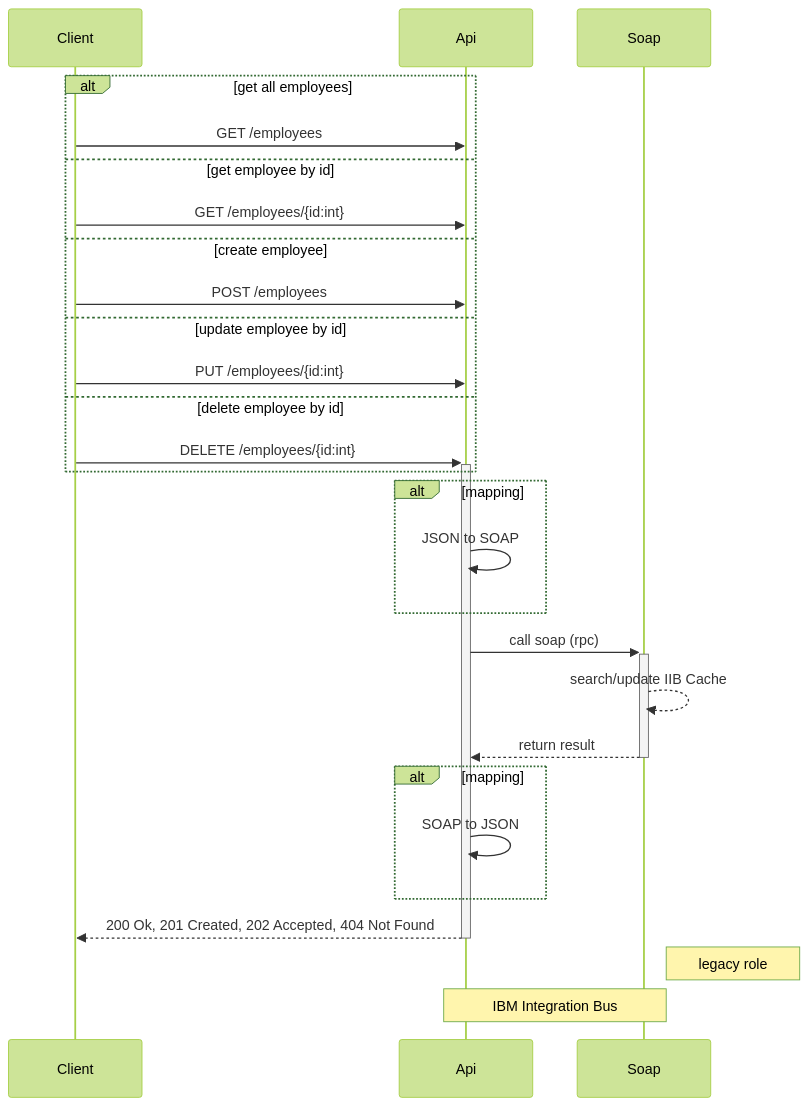
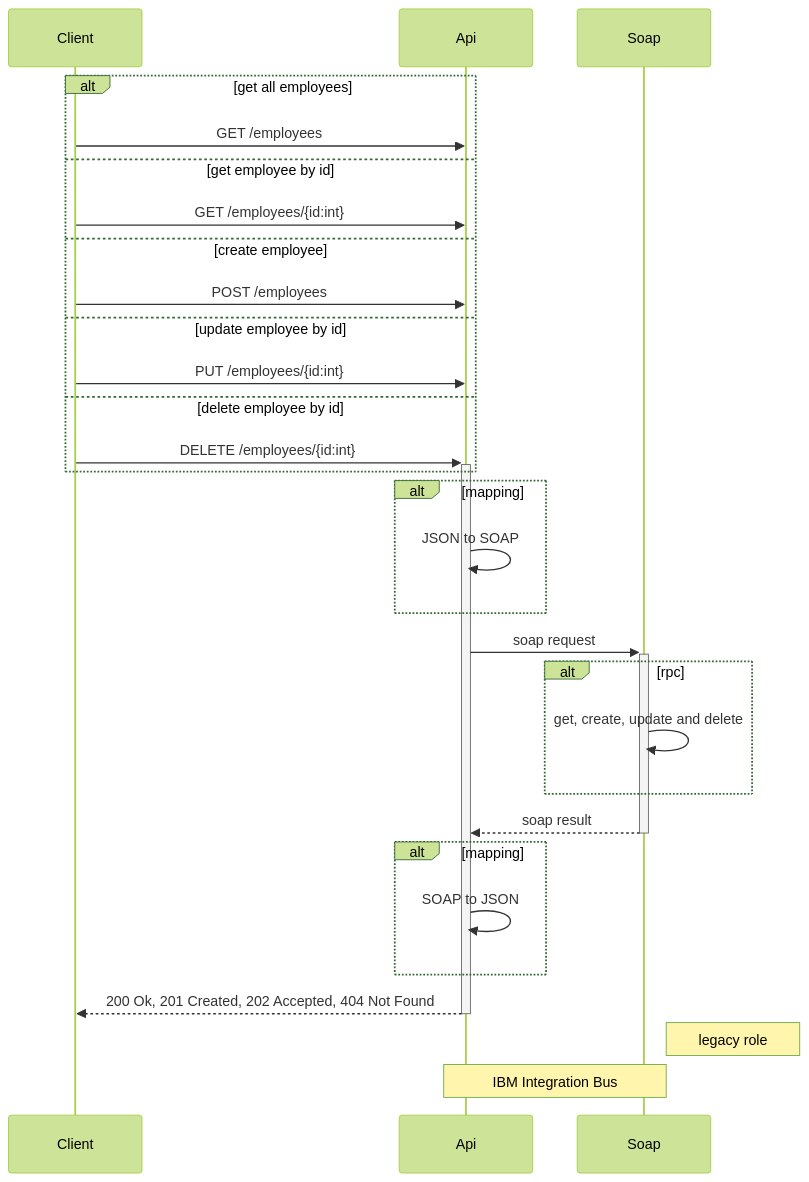
One commit to agabopinho/iib-lab changed the diagram in flow.mmd. Above: the diagram before and after it, drawn with Mermaid (forest theme). The commit also changed 2 other files, not shown here.

Commit message:
flow svg

```diff
--- a/flow.mmd
+++ b/flow.mmd
@@ -1,24 +1,26 @@
 sequenceDiagram
     alt get all employees
         Client->>Api: GET /employees
     else get employee by id
         Client->>Api: GET /employees/{id:int}
     else create employee 
         Client->>Api: POST /employees
     else update employee by id
         Client->>Api: PUT /employees/{id:int}
     else delete employee by id
         Client->>+Api: DELETE /employees/{id:int}
     end
     alt mapping
         Api->>Api: JSON to SOAP
     end
-    Api->>+Soap: call soap (rpc)
-    Soap-->>Soap: search/update IIB Cache
-    Soap-->>-Api: return result
+    Api->>+Soap: soap request
+    alt rpc
+        Soap->>Soap: get, create, update and delete
+    end
+    Soap-->>-Api: soap result
     alt mapping
         Api->>Api: SOAP to JSON
     end
     Api-->>-Client: 200 Ok, 201 Created, 202 Accepted, 404 Not Found
     Note right of Soap: legacy role
     Note over Api,Soap: IBM Integration Bus
```
